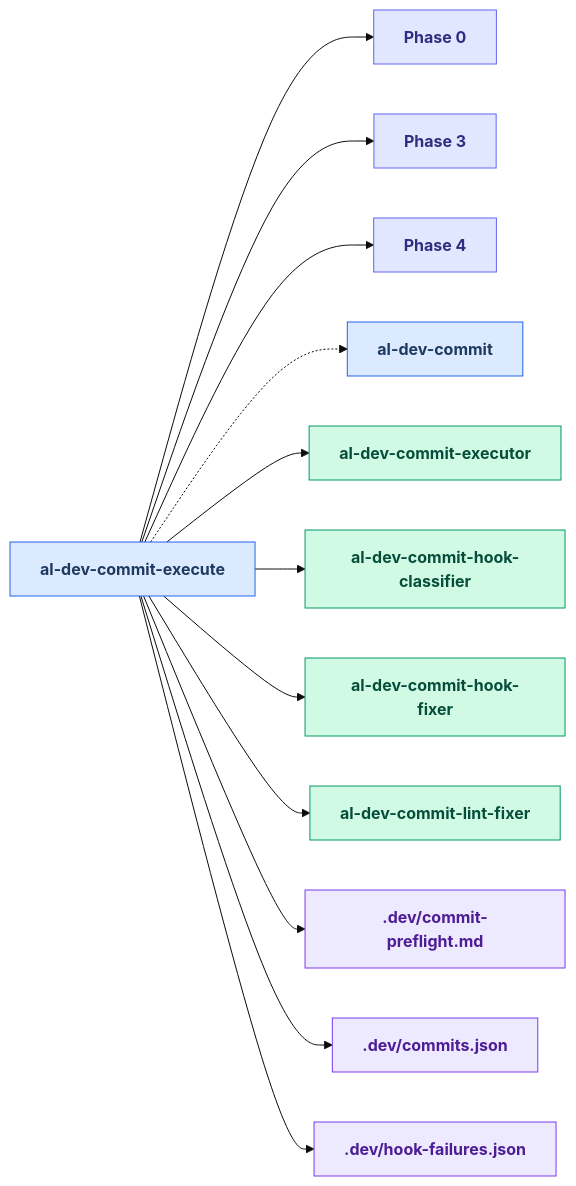
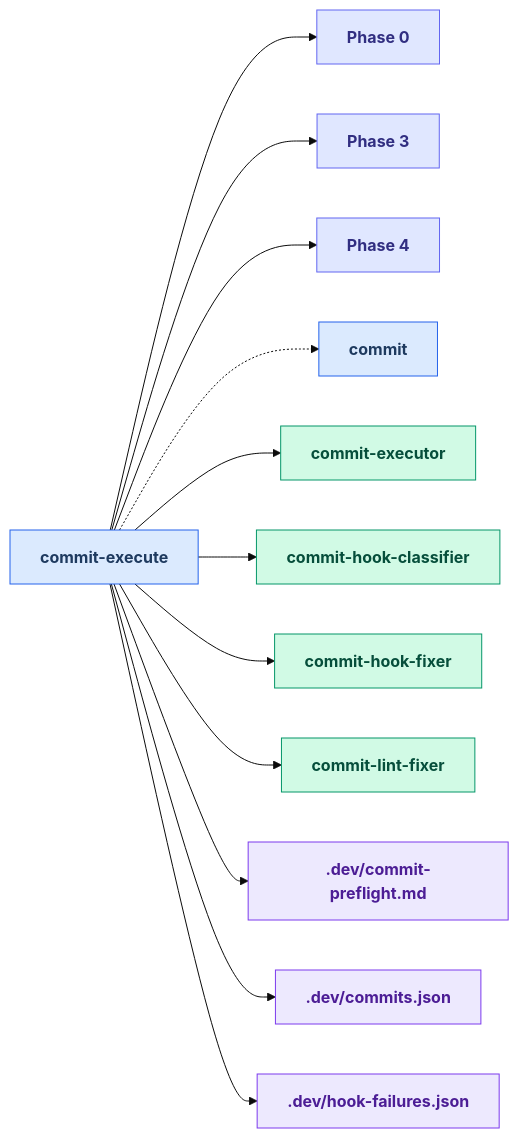
One commit to russell-laing/al-dev-shared changed diagram 14 of 24 in docs/skills_map.md. Above: the diagram before and after it, drawn with Mermaid (base theme). The commit also changed other lines of this file and 8 other files, not shown here.

````diff
--- a/docs/skills_map.md
+++ b/docs/skills_map.md
@@ -713,46 +721,46 @@
 ```mermaid
 flowchart LR
     classDef skillNode fill:#dbeafe,stroke:#2563eb,color:#1e3a5f,font-weight:bold
     classDef agentNode fill:#d1fae5,stroke:#059669,color:#064e3b,font-weight:bold
     classDef knowledgeNode fill:#fef3c7,stroke:#d97706,color:#78350f,font-weight:bold
     classDef artifactNode fill:#ede9fe,stroke:#7c3aed,color:#4c1d95,font-weight:bold
     classDef phaseNode fill:#e0e7ff,stroke:#6366f1,color:#312e81,font-weight:bold
 
-    skill_al_dev_commit_execute[al-dev-commit-execute]
+    skill_commit_execute[commit-execute]
     Phase0["Phase 0"]
     Phase3["Phase 3"]
     Phase4["Phase 4"]
-    skill_al_dev_commit[al-dev-commit]
-    agent_al_dev_commit_executor[al-dev-commit-executor]
-    agent_al_dev_commit_hook_classifier[al-dev-commit-hook-classifier]
-    agent_al_dev_commit_hook_fixer[al-dev-commit-hook-fixer]
-    agent_al_dev_commit_lint_fixer[al-dev-commit-lint-fixer]
+    skill_commit[commit]
+    agent_commit_executor[commit-executor]
+    agent_commit_hook_classifier[commit-hook-classifier]
+    agent_commit_hook_fixer[commit-hook-fixer]
+    agent_commit_lint_fixer[commit-lint-fixer]
     artifact_commit_preflight_md[.dev/commit-preflight.md]
     artifact_commits_json[.dev/commits.json]
     artifact_hook_failures_json[.dev/hook-failures.json]
 
-    skill_al_dev_commit_execute --> Phase0
-    skill_al_dev_commit_execute --> Phase3
-    skill_al_dev_commit_execute --> Phase4
-    skill_al_dev_commit_execute -.-> skill_al_dev_commit
-    skill_al_dev_commit_execute --> agent_al_dev_commit_executor
-    skill_al_dev_commit_execute --> agent_al_dev_commit_hook_classifier
-    skill_al_dev_commit_execute --> agent_al_dev_commit_hook_fixer
-    skill_al_dev_commit_execute --> agent_al_dev_commit_lint_fixer
-    skill_al_dev_commit_execute --> artifact_commit_preflight_md
-    skill_al_dev_commit_execute --> artifact_commits_json
-    skill_al_dev_commit_execute --> artifact_hook_failures_json
+    skill_commit_execute --> Phase0
+    skill_commit_execute --> Phase3
+    skill_commit_execute --> Phase4
+    skill_commit_execute -.-> skill_commit
+    skill_commit_execute --> agent_commit_executor
+    skill_commit_execute --> agent_commit_hook_classifier
+    skill_commit_execute --> agent_commit_hook_fixer
+    skill_commit_execute --> agent_commit_lint_fixer
+    skill_commit_execute --> artifact_commit_preflight_md
+    skill_commit_execute --> artifact_commits_json
+    skill_commit_execute --> artifact_hook_failures_json
 
-    class skill_al_dev_commit_execute skillNode
+    class skill_commit_execute skillNode
     class Phase0 phaseNode
     class Phase3 phaseNode
     class Phase4 phaseNode
-    class skill_al_dev_commit skillNode
-    class agent_al_dev_commit_executor agentNode
-    class agent_al_dev_commit_hook_classifier agentNode
-    class agent_al_dev_commit_hook_fixer agentNode
-    class agent_al_dev_commit_lint_fixer agentNode
+    class skill_commit skillNode
+    class agent_commit_executor agentNode
+    class agent_commit_hook_classifier agentNode
+    class agent_commit_hook_fixer agentNode
+    class agent_commit_lint_fixer agentNode
     class artifact_commit_preflight_md artifactNode
     class artifact_commits_json artifactNode
     class artifact_hook_failures_json artifactNode
 ```
````
